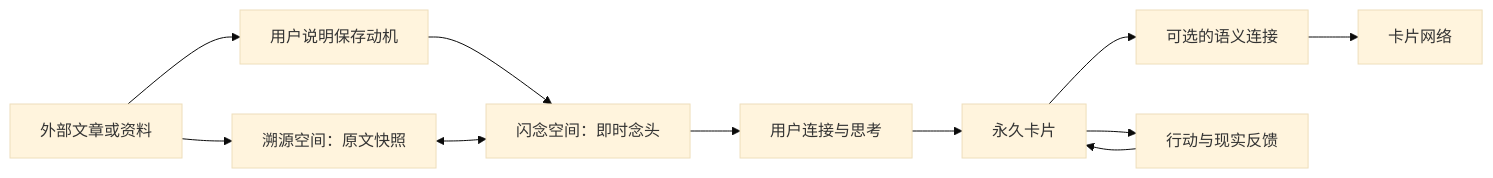
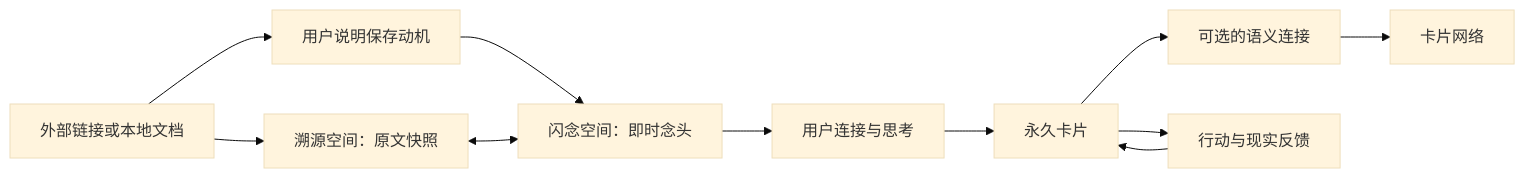
Before and after one commit to ydds123/good-idea: the diagram in README.md, drawn with Mermaid (base theme). The commit also changed other lines of this file and 15 other files, not shown here.

````diff
--- a/README.md
+++ b/README.md
@@ -29,13 +29,13 @@
 ```mermaid
 flowchart LR
-    A["外部文章或资料"] --> B["溯源空间：原文快照"]
+    A["外部链接或本地文档"] --> B["溯源空间：原文快照"]
     A --> C["用户说明保存动机"]
     C --> D["闪念空间：即时念头"]
     B <--> D
     D --> E["用户连接与思考"]
     E --> F["永久卡片"]
     F --> G["可选的语义连接"]
     G --> H["卡片网络"]
     F --> I["行动与现实反馈"]
     I --> F
 ```
````
